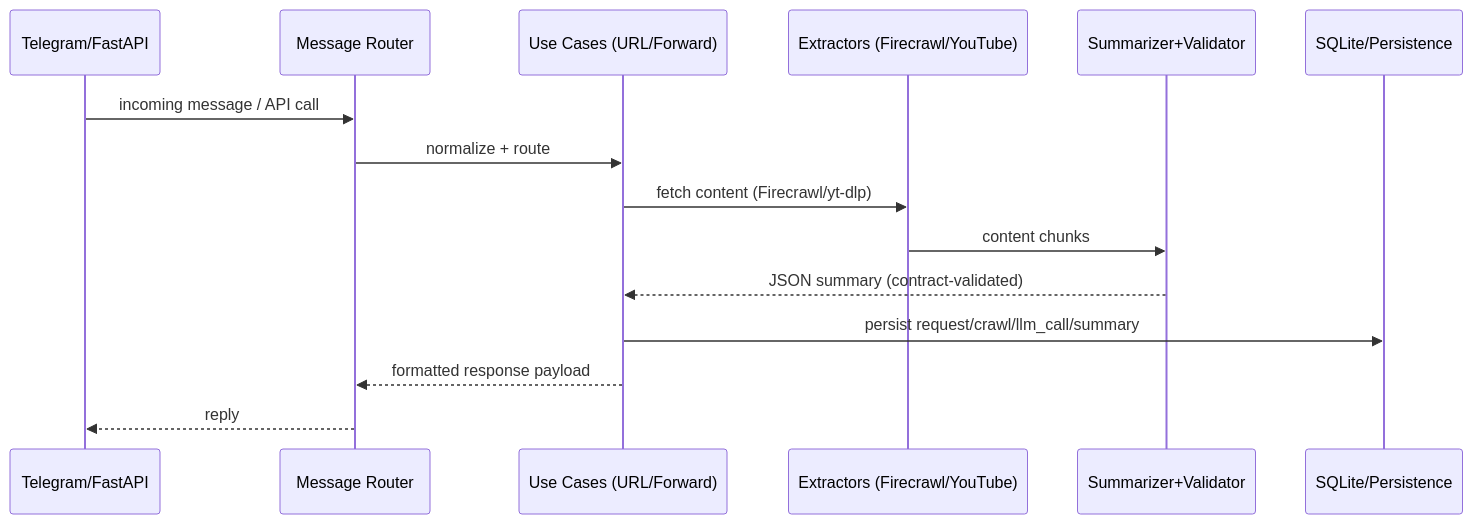
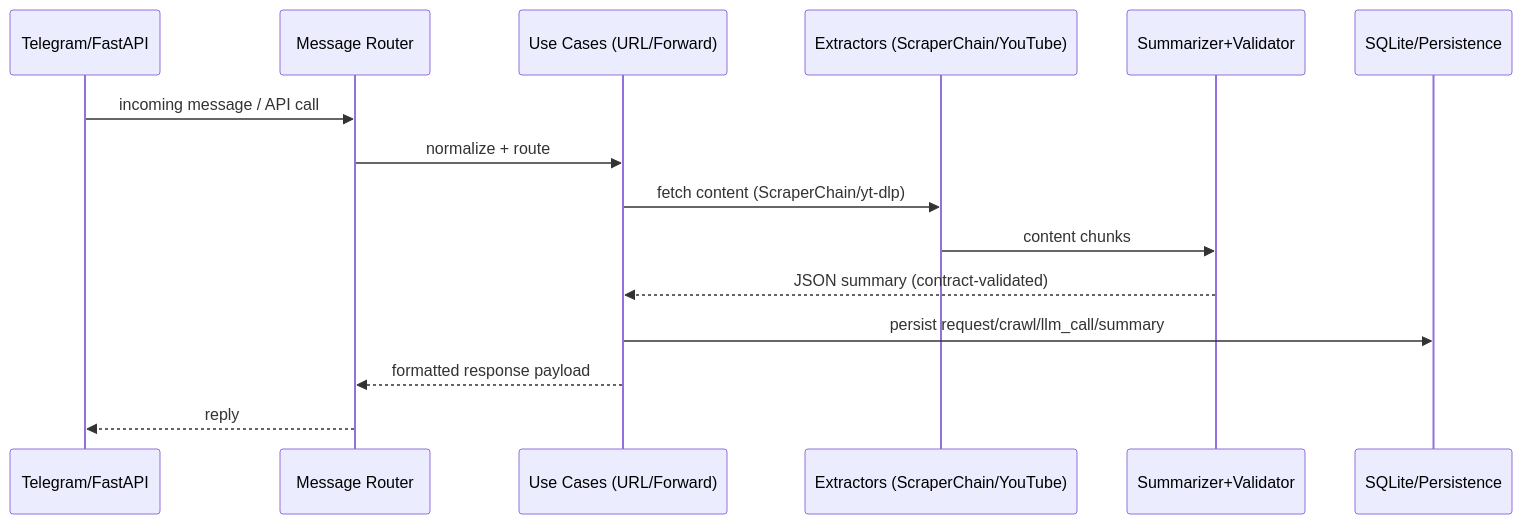
The second of 2 diagrams in docs/HEXAGONAL_ARCHITECTURE_QUICKSTART.md (po4yka/bite-size-reader), drawn with Mermaid before and after one commit. The commit also changed 20 other files, not shown here.

First line of the commit message:
docs: align all docs with self-hosted scraper stack and add chain mermaid diagrams

````diff
--- a/docs/HEXAGONAL_ARCHITECTURE_QUICKSTART.md
+++ b/docs/HEXAGONAL_ARCHITECTURE_QUICKSTART.md
@@ -48,18 +48,18 @@
 ```mermaid
 sequenceDiagram
   participant TG as Telegram/FastAPI
   participant Router as Message Router
   participant UC as Use Cases (URL/Forward)
-  participant Extract as Extractors (Firecrawl/YouTube)
+  participant Extract as Extractors (ScraperChain/YouTube)
   participant LLM as Summarizer+Validator
   participant DB as SQLite/Persistence
 
   TG->>Router: incoming message / API call
   Router->>UC: normalize + route
-  UC->>Extract: fetch content (Firecrawl/yt-dlp)
+  UC->>Extract: fetch content (ScraperChain/yt-dlp)
   Extract->>LLM: content chunks
   LLM-->>UC: JSON summary (contract-validated)
   UC->>DB: persist request/crawl/llm_call/summary
   UC-->>Router: formatted response payload
   Router-->>TG: reply
 ```
````
